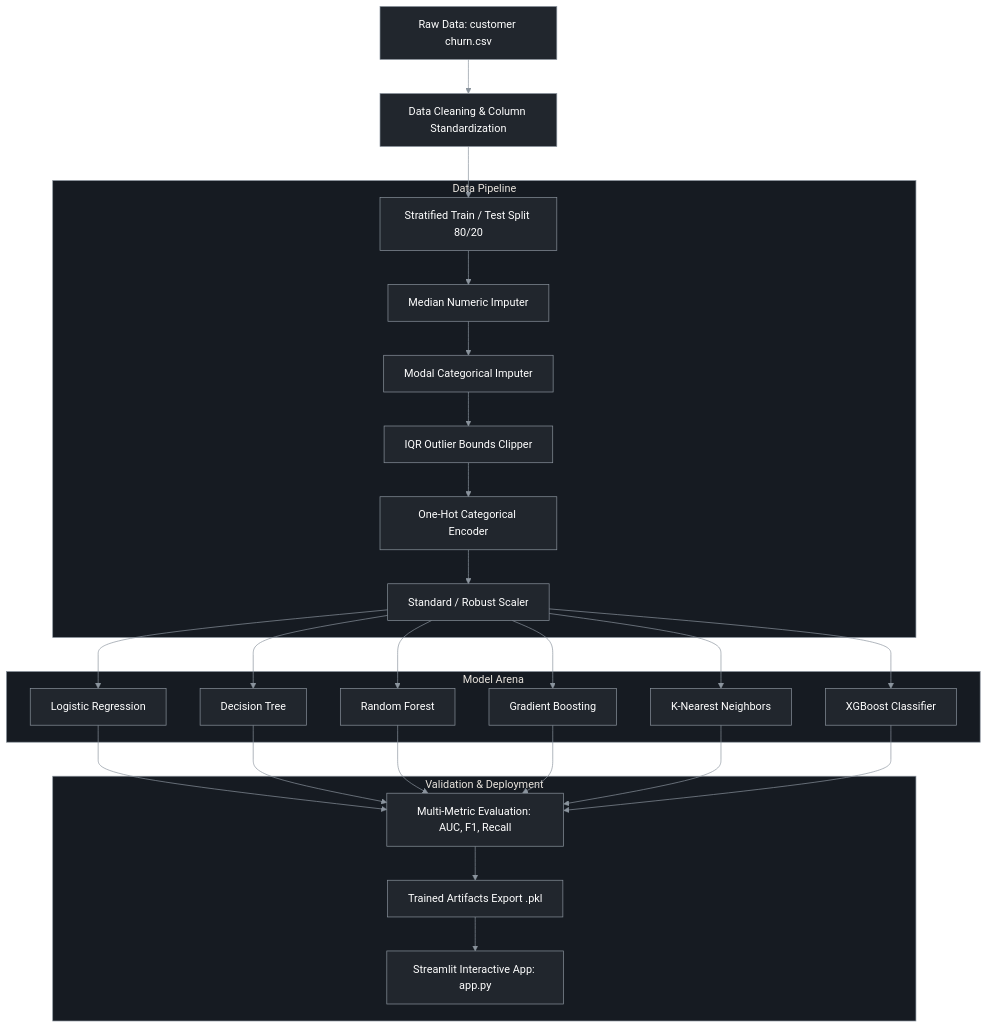
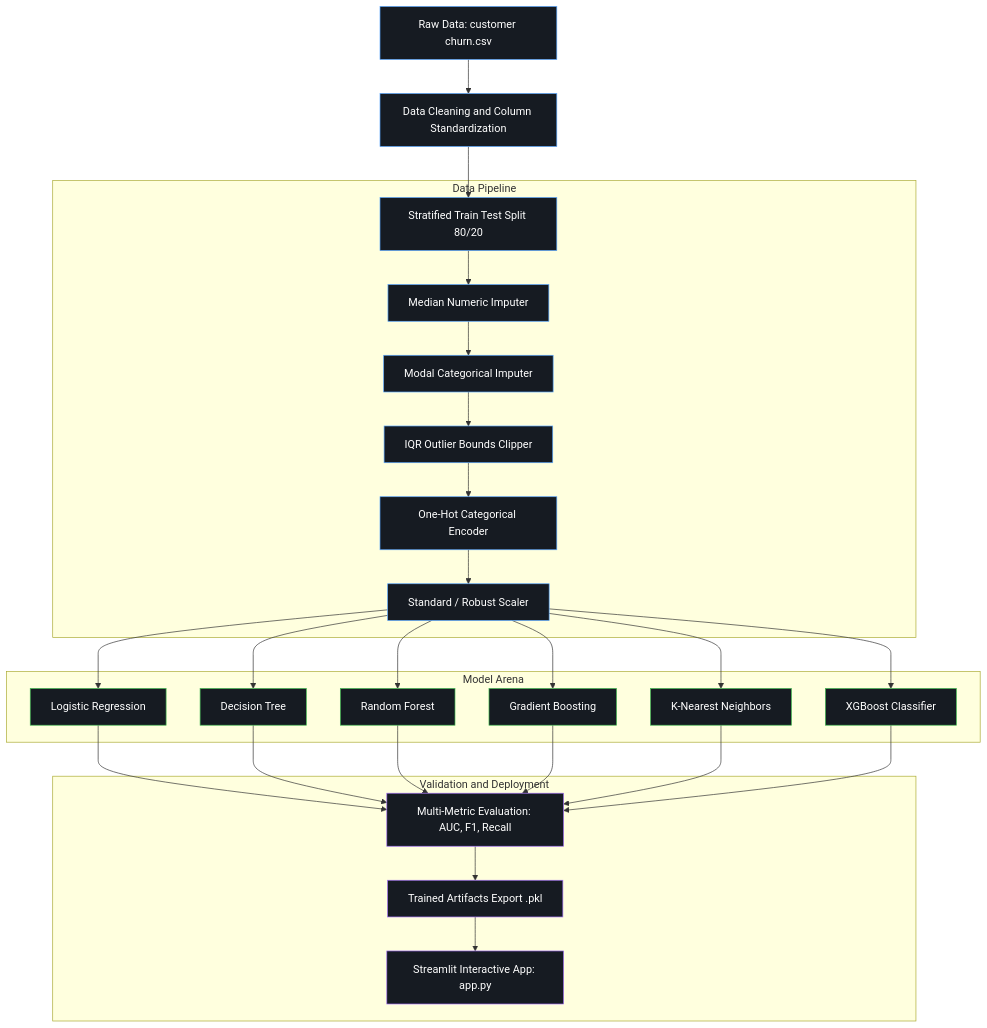
One commit to anchitkaushal/customer-churn-prediction-system changed the diagram in README.md. Above: the diagram before and after it, drawn with Mermaid.

Commit message:
update changes

````diff
--- a/README.md
+++ b/README.md
@@ -77,50 +77,44 @@
 ```mermaid
-%%{init: {
-  "theme": "base",
-  "themeVariables": {
-    "background": "#0d1117",
-    "primaryColor": "#21262d",
-    "primaryTextColor": "#ffffff",
-    "primaryBorderColor": "#8b949e",
-    "lineColor": "#8b949e",
-    "secondaryColor": "#161b22",
-    "tertiaryColor": "#161b22",
-    "clusterBkg": "#161b22",
-    "clusterBorder": "#8b949e"
-  }
-}}%%
-
 flowchart TD
 
-    A[Raw Data: customer churn.csv] --> B[Data Cleaning & Column Standardization]
-    B --> C[Stratified Train / Test Split 80/20]
+    A[Raw Data: customer churn.csv] --> B[Data Cleaning and Column Standardization]
+    B --> C[Stratified Train Test Split 80/20]
 
-    subgraph DP["Data Pipeline"]
+    subgraph DP[Data Pipeline]
         C --> D[Median Numeric Imputer]
         D --> E[Modal Categorical Imputer]
         E --> F[IQR Outlier Bounds Clipper]
         F --> G[One-Hot Categorical Encoder]
         G --> H[Standard / Robust Scaler]
     end
 
-    subgraph MA["Model Arena"]
+    subgraph MA[Model Arena]
         H --> M1[Logistic Regression]
         H --> M2[Decision Tree]
         H --> M3[Random Forest]
         H --> M4[Gradient Boosting]
         H --> M5[K-Nearest Neighbors]
         H --> M6[XGBoost Classifier]
     end
 
-    subgraph VD["Validation & Deployment"]
+    subgraph VD[Validation and Deployment]
         M1 --> EVAL[Multi-Metric Evaluation: AUC, F1, Recall]
         M2 --> EVAL
         M3 --> EVAL
         M4 --> EVAL
         M5 --> EVAL
         M6 --> EVAL
 
         EVAL --> SERVE[Trained Artifacts Export .pkl]
         SERVE --> APP[Streamlit Interactive App: app.py]
     end
+
+    classDef default fill:#21262d,color:#ffffff,stroke:#8b949e
+    classDef pipeline fill:#161b22,color:#ffffff,stroke:#58a6ff
+    classDef models fill:#161b22,color:#ffffff,stroke:#3fb950
+    classDef deployment fill:#161b22,color:#ffffff,stroke:#a371f7
+
+    class A,B,C,D,E,F,G,H pipeline
+    class M1,M2,M3,M4,M5,M6 models
+    class EVAL,SERVE,APP deployment
 ```
````
